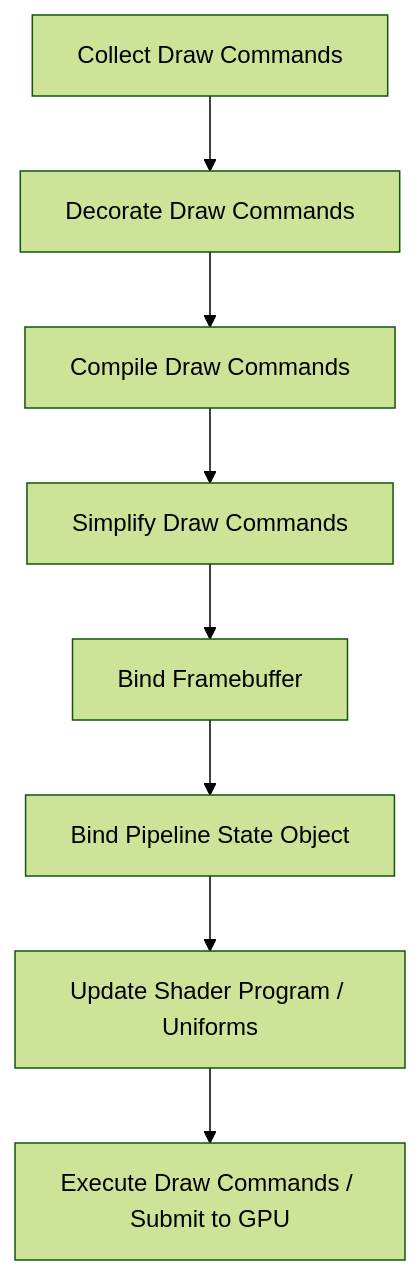
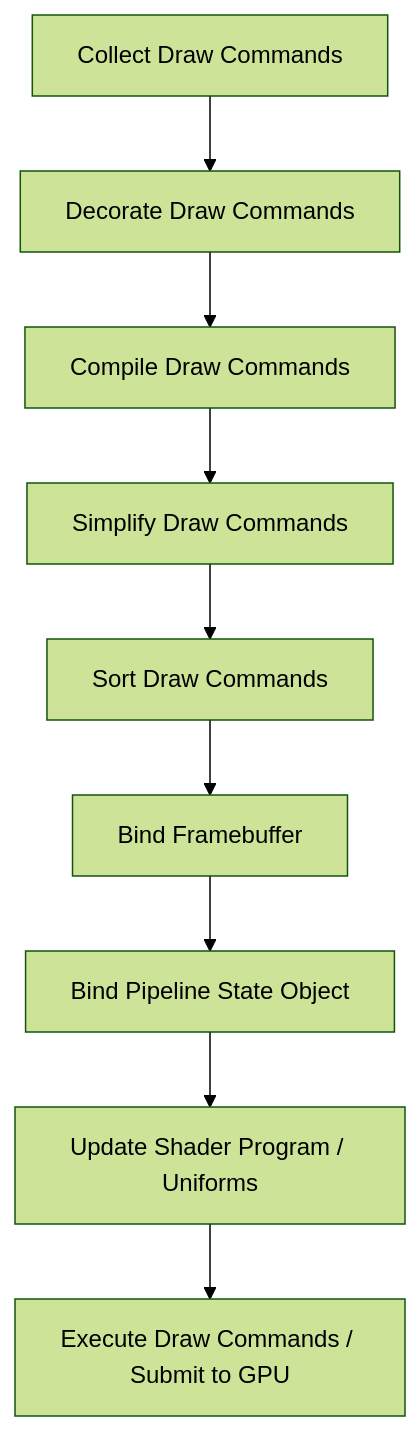
One commit to CleanroomMC/Cleanroom changed the first of 2 diagrams in ENGINE_OVERVIEW.md. Above: the diagram before and after it, drawn with Mermaid (forest theme). The commit also changed 6 other files, not shown here.

````diff
--- a/ENGINE_OVERVIEW.md
+++ b/ENGINE_OVERVIEW.md
@@ -261,10 +261,11 @@
 ```mermaid
 graph TD
     A[Collect Draw Commands] --> B[Decorate Draw Commands]
     B --> C[Compile Draw Commands]
     C --> D[Simplify Draw Commands]
-    D --> E[Bind Framebuffer]
-    E --> F[Bind Pipeline State Object]
-    F --> G[Update Shader Program / Uniforms]
-    G --> H[Execute Draw Commands / Submit to GPU]
+    D --> E[Sort Draw Commands]
+    E --> F[Bind Framebuffer]
+    F --> G[Bind Pipeline State Object]
+    G --> H[Update Shader Program / Uniforms]
+    H --> I[Execute Draw Commands / Submit to GPU]
 ```
````
